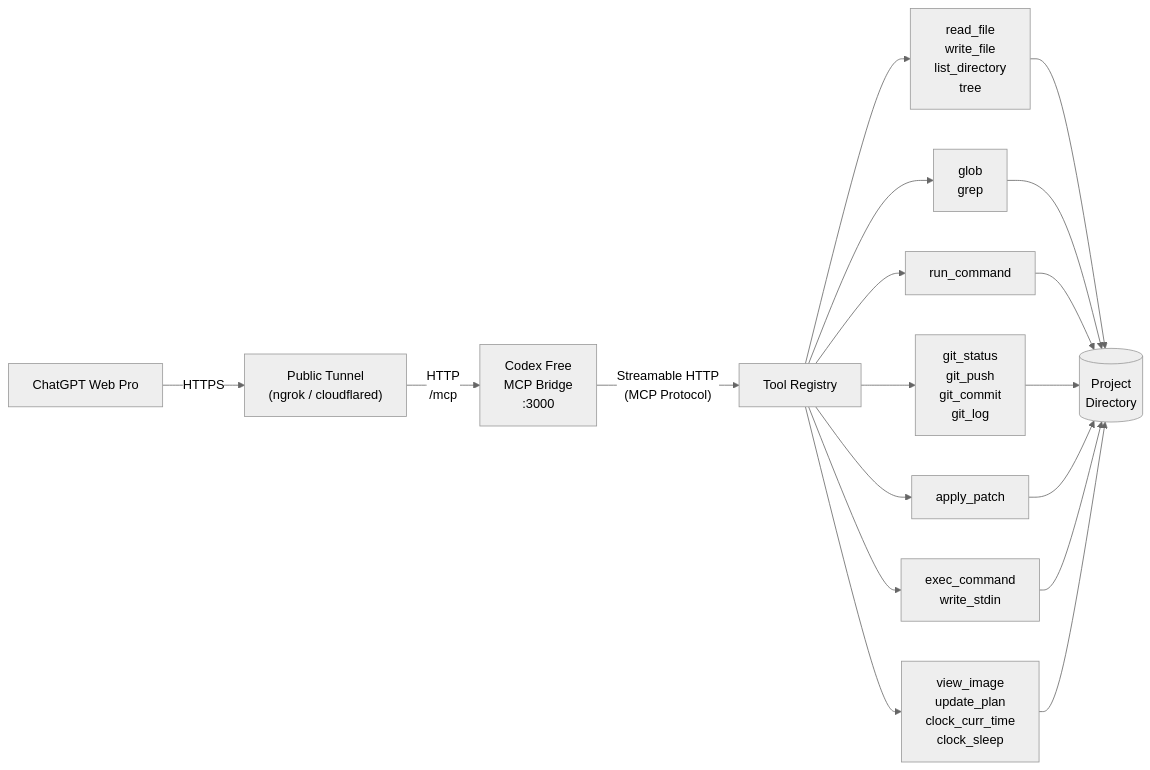
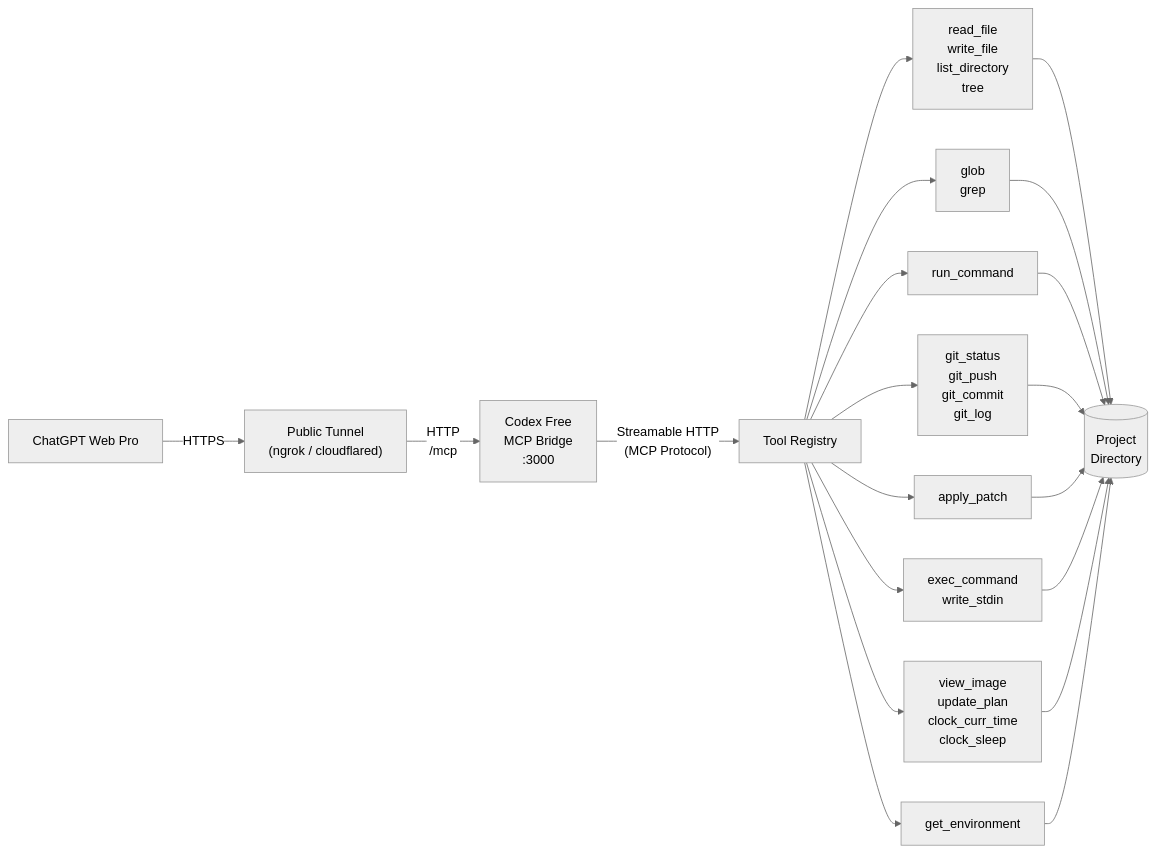
One commit to devnoname120/codex-free changed the diagram in README.md. Above: the diagram before and after it, drawn with Mermaid (neutral theme). The commit also changed other lines of this file and 12 other files, not shown here.

First line of the commit message:
feat: v0.4.2 - native shells on every host, get_environment

````diff
--- a/README.md
+++ b/README.md
@@ -13,36 +13,39 @@
 ```mermaid
 flowchart LR
     ChatGPT["ChatGPT Web Pro"]
     Tunnel["Public Tunnel\n(ngrok / cloudflared)"]
     Server["Codex Free\nMCP Bridge\n:3000"]
     Tools["Tool Registry"]
 
     FS["read_file\nwrite_file\nlist_directory\ntree"]
     Search["glob\ngrep"]
     Shell["run_command"]
     Git["git_status\ngit_push\ngit_commit\ngit_log"]
     Edit["apply_patch"]
     Exec["exec_command\nwrite_stdin"]
     Agent["view_image\nupdate_plan\nclock_curr_time\nclock_sleep"]
+    Env["get_environment"]
     WorkDir[("Project\nDirectory")]
 
     ChatGPT -- "HTTPS" --> Tunnel
     Tunnel -- "HTTP\n/mcp" --> Server
     Server -- "Streamable HTTP\n(MCP Protocol)" --> Tools
 
     Tools --> FS
     Tools --> Search
     Tools --> Shell
     Tools --> Git
     Tools --> Edit
     Tools --> Exec
     Tools --> Agent
+    Tools --> Env
 
     FS --> WorkDir
     Search --> WorkDir
     Shell --> WorkDir
     Git --> WorkDir
     Edit --> WorkDir
     Exec --> WorkDir
     Agent --> WorkDir
+    Env --> WorkDir
 ```
````
